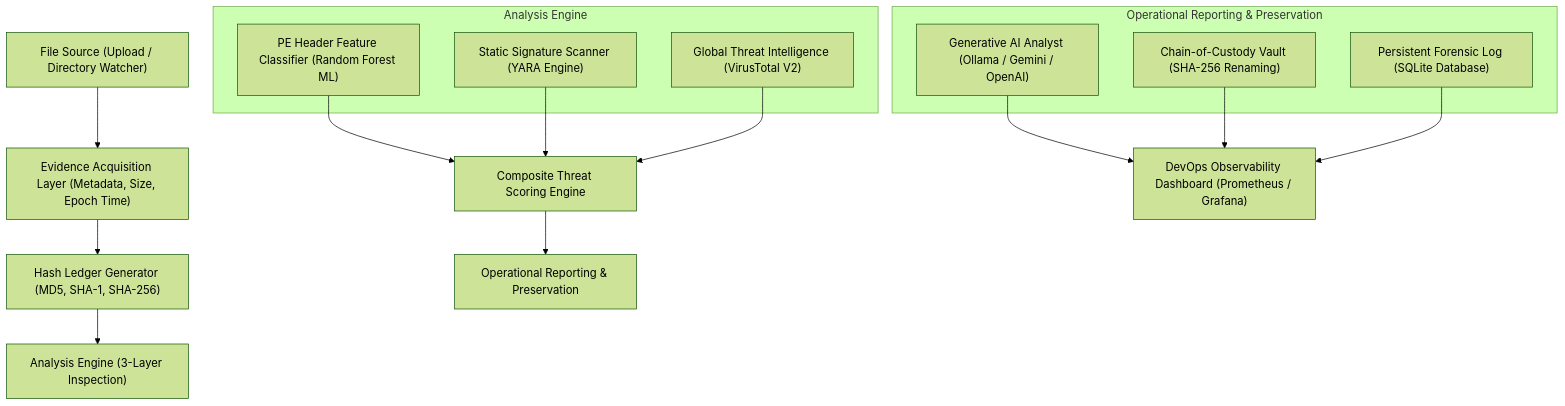
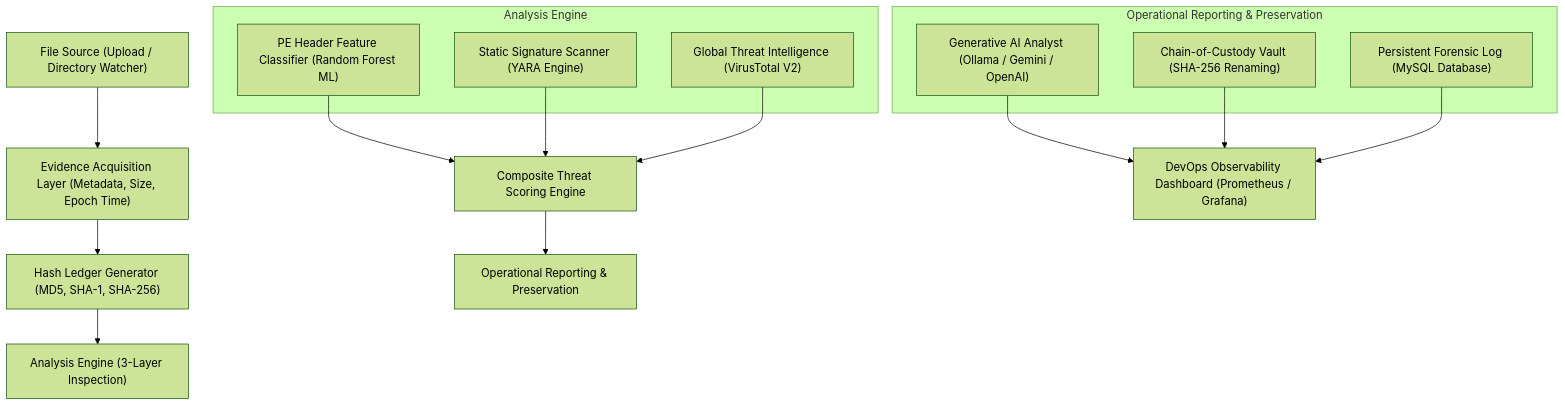
Before and after one commit to AbhiNav-3007/ThreatLens: the diagram in README.md, drawn with Mermaid (forest theme). The commit also changed other lines of this file and 2 other files, not shown here.

Commit message:
docs: update database specifications and guidelines to MySQL

````diff
--- a/README.md
+++ b/README.md
@@ -16,24 +16,24 @@
 ```mermaid
 graph TD
     A["File Source (Upload / Directory Watcher)"] 
     --> B["Evidence Acquisition Layer (Metadata, Size, Epoch Time)"]
     --> C["Hash Ledger Generator (MD5, SHA-1, SHA-256)"]
     --> D["Analysis Engine (3-Layer Inspection)"]
     
     subgraph Analysis Engine
         D1["PE Header Feature Classifier (Random Forest ML)"]
         D2["Static Signature Scanner (YARA Engine)"]
         D3["Global Threat Intelligence (VirusTotal V2)"]
     end
     
     D1 & D2 & D3 --> E["Composite Threat Scoring Engine"]
     E --> F["Operational Reporting & Preservation"]
     
     subgraph Operational Reporting & Preservation
         F1["Generative AI Analyst (Ollama / Gemini / OpenAI)"]
         F2["Chain-of-Custody Vault (SHA-256 Renaming)"]
-        F3["Persistent Forensic Log (SQLite Database)"]
+        F3["Persistent Forensic Log (MySQL Database)"]
     end
     
     F1 & F2 & F3 --> G["DevOps Observability Dashboard (Prometheus / Grafana)"]
 ```
````
